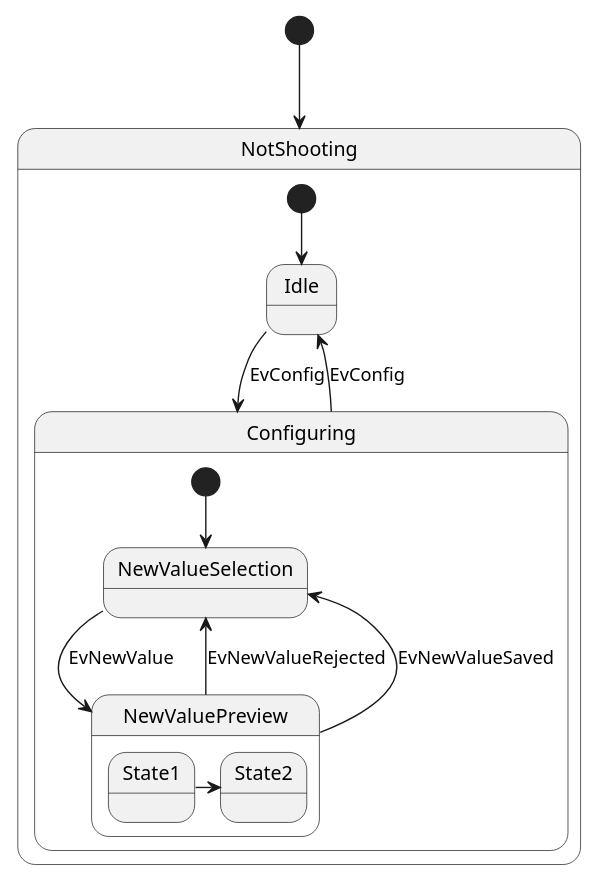
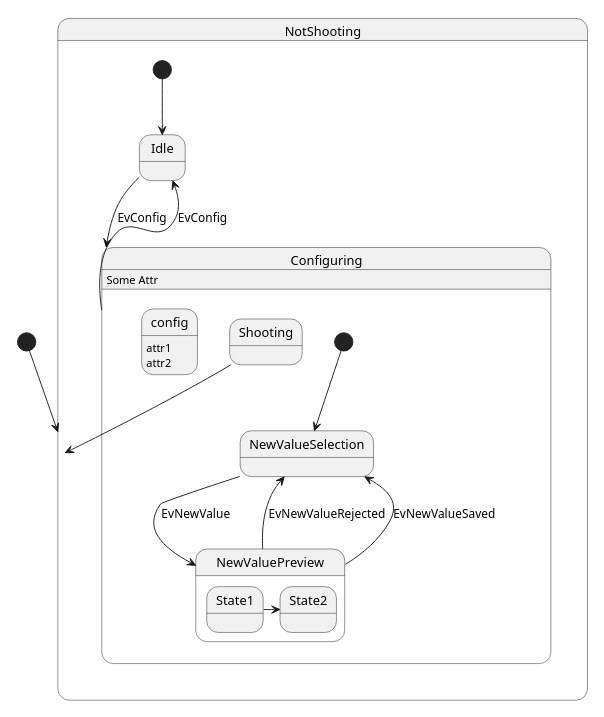
The diagram in TESTSPEC_EKOPACHE/PH_AL_COFEED_revB.puml (mekcrab/Solvay_test), drawn with PlantUML before and after one commit. The commit also changed 2 other files, not shown here.

```diff
--- a/TESTSPEC_EKOPACHE/PH_AL_COFEED_revB.puml
+++ b/TESTSPEC_EKOPACHE/PH_AL_COFEED_revB.puml
@@ -1,22 +1,33 @@
 @startuml
 scale 350 width
 [*] --> NotShooting
 
 state NotShooting {
   [*] --> Idle
   Idle --> Configuring : EvConfig
   Configuring --> Idle : EvConfig
 }
 
 state Configuring {
   [*] --> NewValueSelection
   NewValueSelection --> NewValuePreview : EvNewValue
   NewValuePreview --> NewValueSelection : EvNewValueRejected
   NewValuePreview --> NewValueSelection : EvNewValueSaved
 
   state NewValuePreview {
      State1 -> State2
   }
 
+
+Shooting --> NotShooting
+
 }
+
+Configuring : Some Attr
+
+state Configuring{
+  config : attr1
+  config : attr2
+}
+
 @enduml
```
